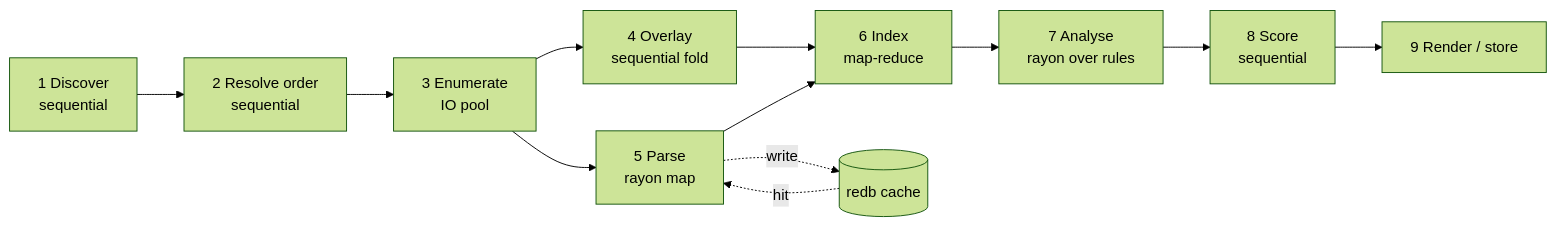
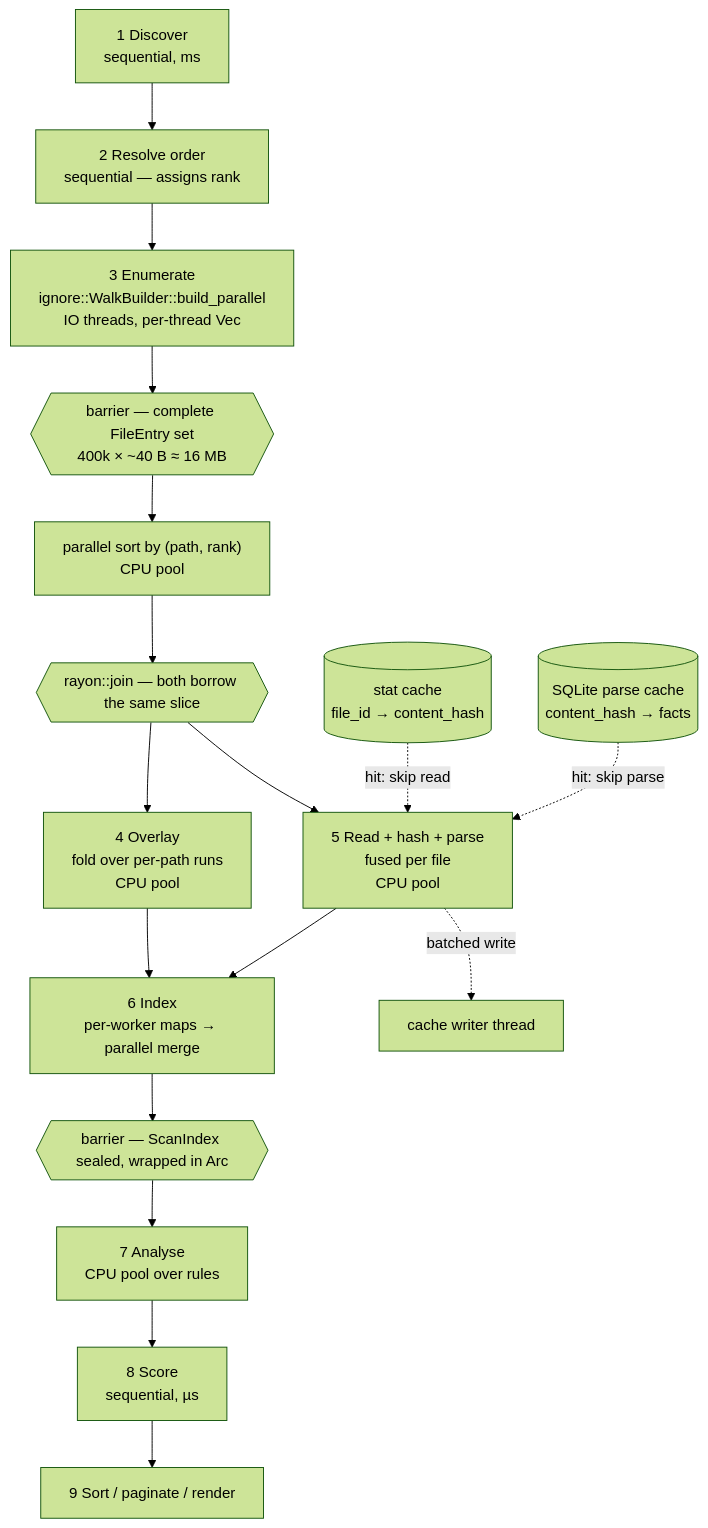
Before and after one commit to BrooklynD23/Mods-Tool-Stellaris: the second of 3 diagrams in docs/architecture/04-process-architecture.md, drawn with Mermaid (forest theme). The commit also changed other lines of this file and 13 other files, not shown here.

````diff
--- a/docs/architecture/04-process-architecture.md
+++ b/docs/architecture/04-process-architecture.md
@@ -55,14 +124,19 @@
 ```mermaid
-flowchart LR
-    A["1 Discover\nsequential"] --> B["2 Resolve order\nsequential"]
-    B --> C["3 Enumerate\nIO pool"]
-    C --> D["4 Overlay\nsequential fold"]
-    C --> E["5 Parse\nrayon map"]
-    E --> F["6 Index\nmap-reduce"]
-    D --> F
-    F --> G["7 Analyse\nrayon over rules"]
-    G --> H["8 Score\nsequential"]
-    H --> I["9 Render / store"]
-    CACHE[("redb cache")] -. hit .-> E
-    E -. write .-> CACHE
+flowchart TB
+    A["1 Discover\nsequential, ms"] --> B["2 Resolve order\nsequential — assigns rank"]
+    B --> C["3 Enumerate\nignore::WalkBuilder::build_parallel\nIO threads, per-thread Vec"]
+    C --> BAR1{{"barrier — complete FileEntry set\n400k × ~40 B ≈ 16 MB"}}
+    BAR1 --> S["parallel sort by (path, rank)\nCPU pool"]
+    S --> JOIN{{"rayon::join — both borrow the same slice"}}
+    JOIN --> D["4 Overlay\nfold over per-path runs\nCPU pool"]
+    JOIN --> E["5 Read + hash + parse\nfused per file\nCPU pool"]
+    D --> F["6 Index\nper-worker maps → parallel merge"]
+    E --> F
+    F --> BAR2{{"barrier — ScanIndex sealed, wrapped in Arc"}}
+    BAR2 --> G["7 Analyse\nCPU pool over rules"]
+    G --> H["8 Score\nsequential, µs"]
+    H --> I["9 Sort / paginate / render"]
+    STAT[("stat cache\nfile_id → content_hash")] -. "hit: skip read" .-> E
+    FACTS[("SQLite parse cache\ncontent_hash → facts")] -. "hit: skip parse" .-> E
+    E -. "batched write" .-> CW["cache writer thread"]
 ```
````
